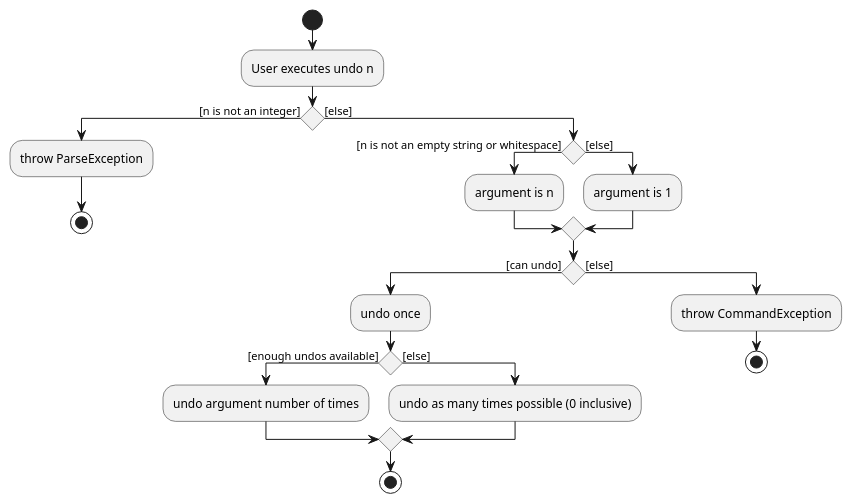
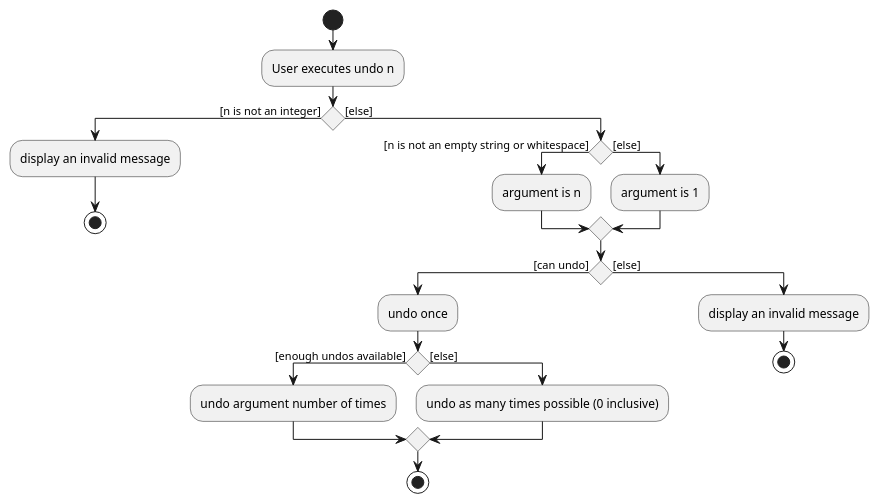
Before and after one commit to nus-cs2103-AY2223S2/tp: the diagram in docs/diagrams/UndoActivityDiagram.puml, drawn with PlantUML.

Commit message:
add javadocs

```diff
--- a/docs/diagrams/UndoActivityDiagram.puml
+++ b/docs/diagrams/UndoActivityDiagram.puml
@@ -1,28 +1,28 @@
 @startuml
 'https://plantuml.com/activity-diagram-beta
 
 start
 :User executes undo n;
 if () then ([n is not an integer])
-    :throw ParseException;
+    :display an invalid message;
     stop
 else ([else])
     if () then ([n is not an empty string or whitespace])
         :argument is n;
     else ([else])
         :argument is 1;
     endif
     if () then ([can undo])
         :undo once;
         if () then ([enough undos available])
         :undo argument number of times;
         else ([else])
         :undo as many times possible (0 inclusive);
         endif
         stop
     else ([else])
-        :throw CommandException;
+        :display an invalid message;
         stop
 
 
 @enduml
```
